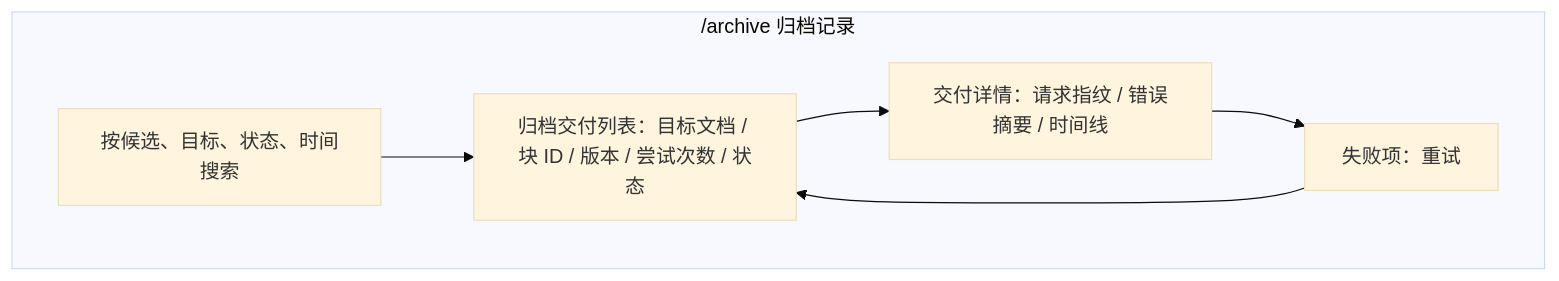
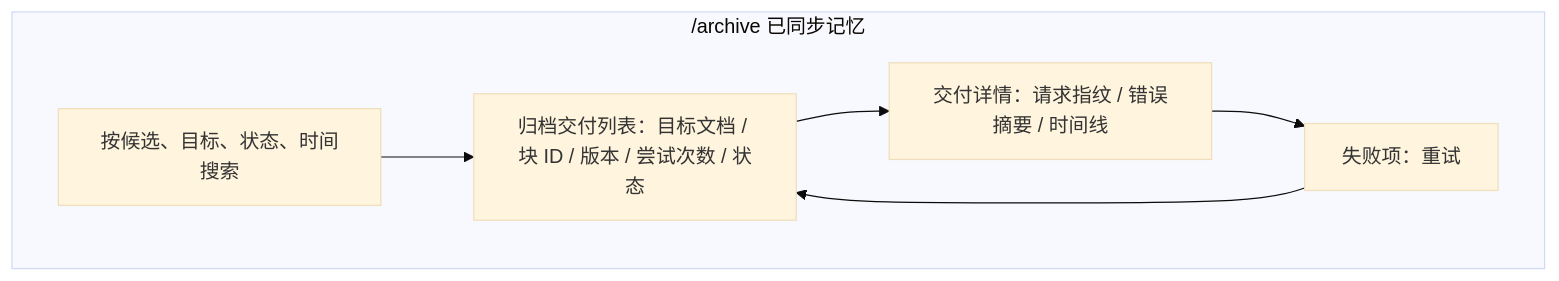
Before and after one commit to hiblacker/memory-hub: the seventh of 9 diagrams in docs/12-frontend-interaction-design.md, drawn with Mermaid (base theme). The commit also changed other lines of this file and 7 other files, not shown here.

````diff
--- a/docs/12-frontend-interaction-design.md
+++ b/docs/12-frontend-interaction-design.md
@@ -159,12 +194,12 @@
 ```mermaid
 flowchart TB
-    subgraph ARCHIVE_PAGE["/archive 归档记录"]
+    subgraph ARCHIVE_PAGE["/archive 已同步记忆"]
         SEARCH["按候选、目标、状态、时间搜索"]
         LIST["归档交付列表：目标文档 / 块 ID / 版本 / 尝试次数 / 状态"]
         DETAIL["交付详情：请求指纹 / 错误摘要 / 时间线"]
         RETRY["失败项：重试"]
         SEARCH --> LIST --> DETAIL
         DETAIL --> RETRY
     end
     RETRY --> LIST
 ```
````
